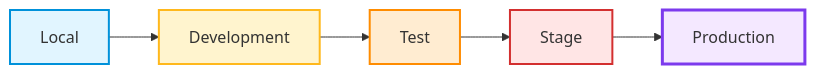
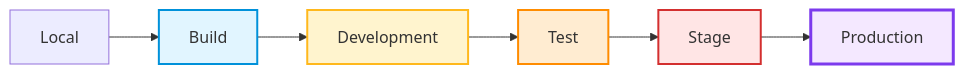
Before and after one commit to nhsbsa/nhsbsa-digital-playbook: the diagram in src/rtl/environments.md, drawn with Mermaid. The commit also changed other lines of this file, not shown here.

Commit message:
added build as an environment

````diff
--- a/src/rtl/environments.md
+++ b/src/rtl/environments.md
@@ -36,14 +36,15 @@
 ```mermaid
 graph LR
     accTitle: Environment Propagation Flow
-    accDescr: Flowchart showing sequential progression through Local, Development, Test, Stage and Production
-    A[Local] --> B[Development]
-    B --> C[Test]
-    C --> D[Stage]
-    D --> E[Production]
-    style A fill:#e1f5ff,stroke:#0091da,stroke-width:2px
-    style B fill:#fff4ce,stroke:#ffb81c,stroke-width:2px
-    style C fill:#ffecd1,stroke:#ff8c00,stroke-width:2px
-    style D fill:#ffe5e5,stroke:#d32f2f,stroke-width:2px
-    style E fill:#f4e8ff,stroke:#7c3aed,stroke-width:3px
+    accDescr: Flowchart showing sequential progression through Local, Build, Development, Test, Stage and Production
+    A[Local] --> B[Build]
+    B[Build] --> C[Development]
+    C --> D[Test]
+    D --> E[Stage]
+    E --> F[Production]
+    style B fill:#e1f5ff,stroke:#0091da,stroke-width:2px
+    style C fill:#fff4ce,stroke:#ffb81c,stroke-width:2px
+    style D fill:#ffecd1,stroke:#ff8c00,stroke-width:2px
+    style E fill:#ffe5e5,stroke:#d32f2f,stroke-width:2px
+    style F fill:#f4e8ff,stroke:#7c3aed,stroke-width:3px
 ```
````
